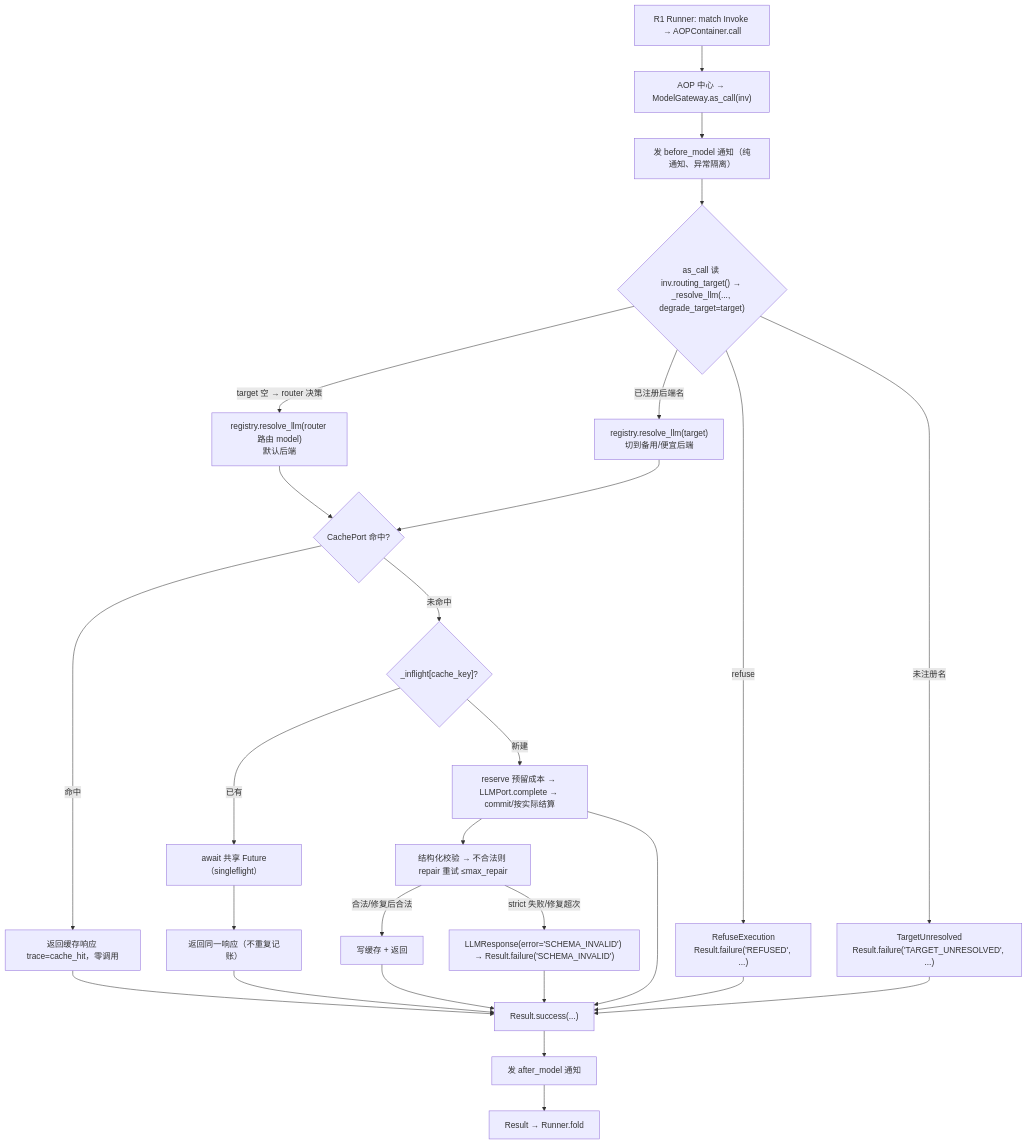
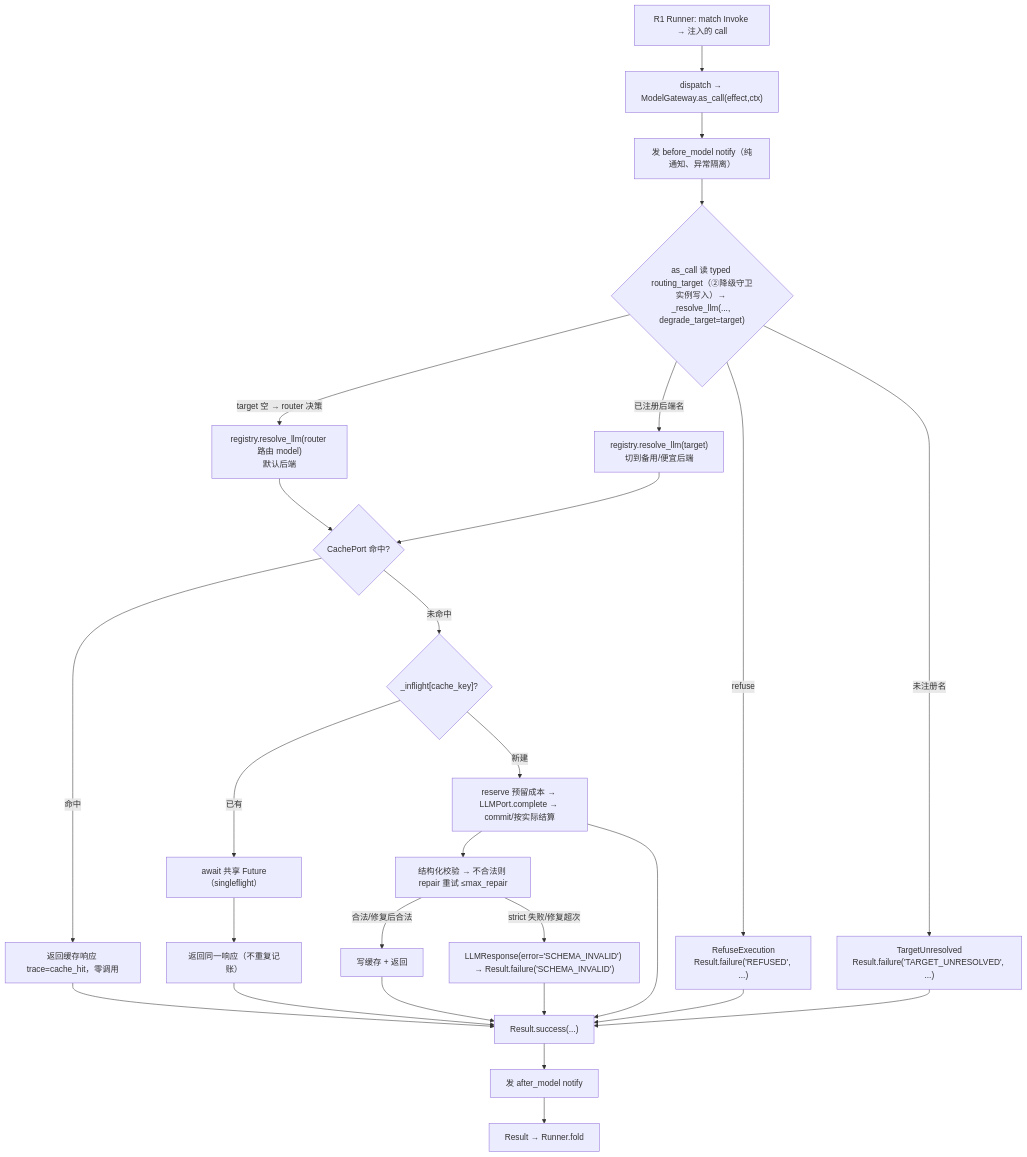
Before and after one commit to sao-lang/lll: the diagram in docs/02-模块详设/Agent/R4-模型与推理.md, drawn with Mermaid. The commit also changed other lines of this file and 159 other files, not shown here.

````diff
--- a/docs/02-模块详设/Agent/R4-模型与推理.md
+++ b/docs/02-模块详设/Agent/R4-模型与推理.md
@@ -86,29 +86,29 @@
 ```mermaid
 flowchart TD
-    A["R1 Runner: match Invoke → AOPContainer.call"] --> B["AOP 中心 → ModelGateway.as_call(inv)"]
-    B --> BEFORE["发 before_model 通知（纯通知、异常隔离）"]
-    BEFORE --> T{"as_call 读 inv.routing_target() → _resolve_llm(..., degrade_target=target)"}
+    A["R1 Runner: match Invoke → 注入的 call"] --> B["dispatch → ModelGateway.as_call(effect,ctx)"]
+    B --> BEFORE["发 before_model notify（纯通知、异常隔离）"]
+    BEFORE --> T{"as_call 读 typed routing_target（②降级守卫实例写入）→ _resolve_llm(..., degrade_target=target)"}
     T -->|"target 空 → router 决策"| H["registry.resolve_llm(router 路由 model)<br/>默认后端"]
     T -->|"已注册后端名"| I["registry.resolve_llm(target)<br/>切到备用/便宜后端"]
     T -->|"refuse"| J["RefuseExecution<br/>Result.failure('REFUSED', ...)"]
     T -->|"未注册名"| K["TargetUnresolved<br/>Result.failure('TARGET_UNRESOLVED', ...)"]
     H --> L{"CachePort 命中?"}
     I --> L
     L -->|命中| M["返回缓存响应 trace=cache_hit，零调用"]
     L -->|未命中| SF{"_inflight[cache_key]?"}
     SF -->|已有| WAIT["await 共享 Future（singleflight）"]
     SF -->|新建| M2["reserve 预留成本 → LLMPort.complete → commit/按实际结算"]
     M2 --> O["结构化校验 → 不合法则 repair 重试 ≤max_repair"]
     WAIT --> R["返回同一响应（不重复记账）"]
     O -->|合法/修复后合法| P["写缓存 + 返回"]
     O -->|"strict 失败/修复超次"| Q["LLMResponse(error='SCHEMA_INVALID') → Result.failure('SCHEMA_INVALID')"]
     M --> R2["Result.success(...)"]
     P --> R2
     M2 --> R2
     Q --> R2
     J --> R2
     K --> R2
     R --> R2
-    R2 --> AFTER["发 after_model 通知"]
+    R2 --> AFTER["发 after_model notify"]
     AFTER --> Z["Result → Runner.fold"]
 ```
````
